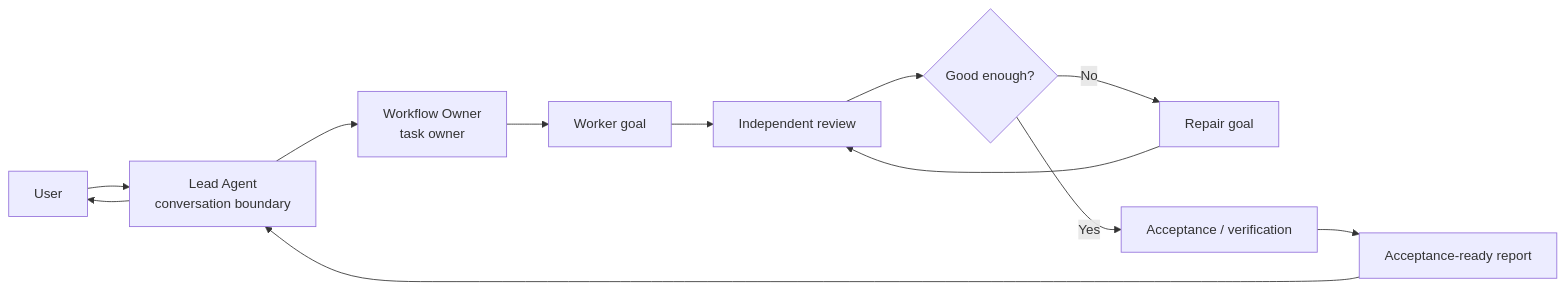
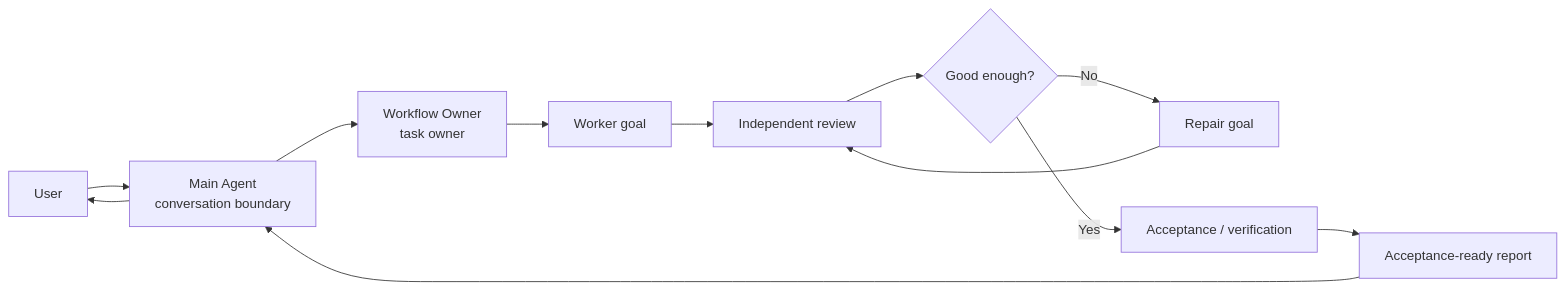
Before and after one commit to patrick-fu/parallel-goal-workflows: the first of 3 diagrams in README.md, drawn with Mermaid. The commit also changed other lines of this file and 3 other files, not shown here.

First line of the commit message:
Rename lead role to main agent

````diff
--- a/README.md
+++ b/README.md
@@ -89,14 +89,14 @@
 ```mermaid
 flowchart LR
-  User["User"] --> Lead["Lead Agent<br/>conversation boundary"]
-  Lead --> Owner["Workflow Owner<br/>task owner"]
+  User["User"] --> Main["Main Agent<br/>conversation boundary"]
+  Main --> Owner["Workflow Owner<br/>task owner"]
   Owner --> Worker["Worker goal"]
   Worker --> Review["Independent review"]
   Review --> Decision{"Good enough?"}
   Decision -- "No" --> Repair["Repair goal"]
   Repair --> Review
   Decision -- "Yes" --> Acceptance["Acceptance / verification"]
   Acceptance --> Report["Acceptance-ready report"]
-  Report --> Lead
-  Lead --> User
+  Report --> Main
+  Main --> User
 ```
````
